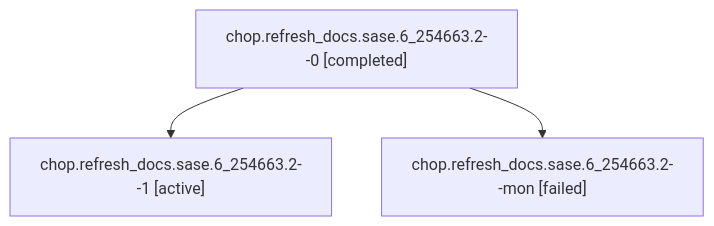
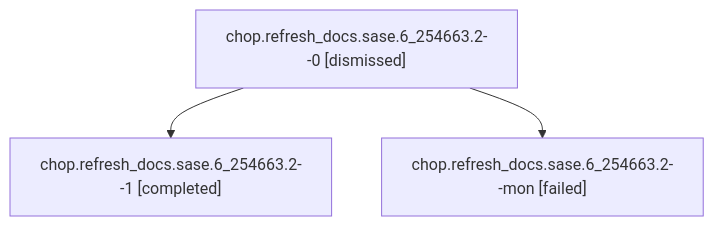
One commit to sase-org/sase--agents changed the diagram in families/bbugyi200.athena.chop.refresh_docs.sase.6_254663.2.md. Above: the diagram before and after it, drawn with Mermaid. The commit also changed other lines of this file and 242 other files, not shown here.

````diff
--- a/families/bbugyi200.athena.chop.refresh_docs.sase.6_254663.2.md
+++ b/families/bbugyi200.athena.chop.refresh_docs.sase.6_254663.2.md
@@ -9,8 +9,8 @@
 ```mermaid
 flowchart TD
-  n0["chop.refresh_docs.sase.6_254663.2--0 [completed]"]
-  n1["chop.refresh_docs.sase.6_254663.2--1 [active]"]
+  n0["chop.refresh_docs.sase.6_254663.2--0 [dismissed]"]
+  n1["chop.refresh_docs.sase.6_254663.2--1 [completed]"]
   n0 --> n1
   n2["chop.refresh_docs.sase.6_254663.2--mon [failed]"]
   n0 --> n2
 ```
````
